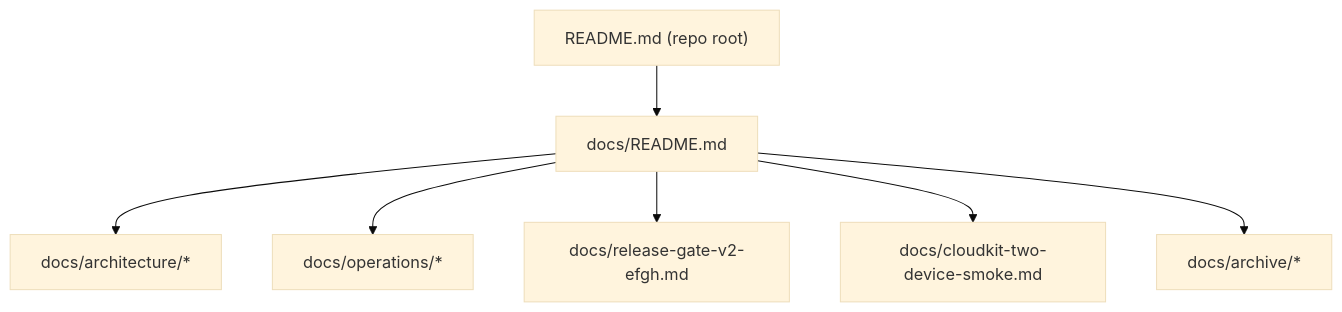
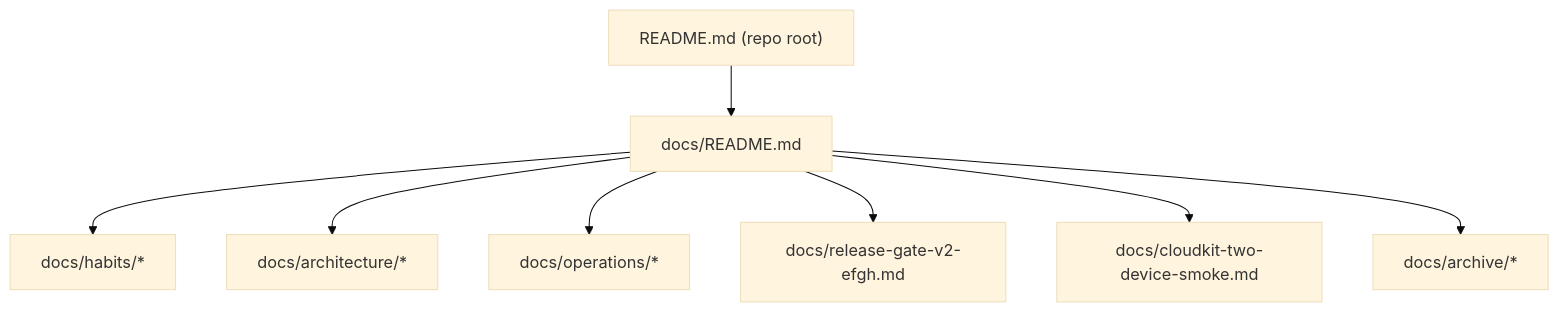
The diagram in docs/README.md (Saransh-Sharma/Tasker), drawn with Mermaid (base theme) before and after one commit. The commit also changed other lines of this file and 12 other files, not shown here.

````diff
--- a/docs/README.md
+++ b/docs/README.md
@@ -9,9 +9,10 @@
 ```mermaid
 flowchart TD
     ROOT["README.md (repo root)"] --> DOCS["docs/README.md"]
+    DOCS --> HAB["docs/habits/*"]
     DOCS --> ARCH["docs/architecture/*"]
     DOCS --> OPS["docs/operations/*"]
     DOCS --> REL["docs/release-gate-v2-efgh.md"]
     DOCS --> CK["docs/cloudkit-two-device-smoke.md"]
     DOCS --> ARC["docs/archive/*"]
 ```
````
